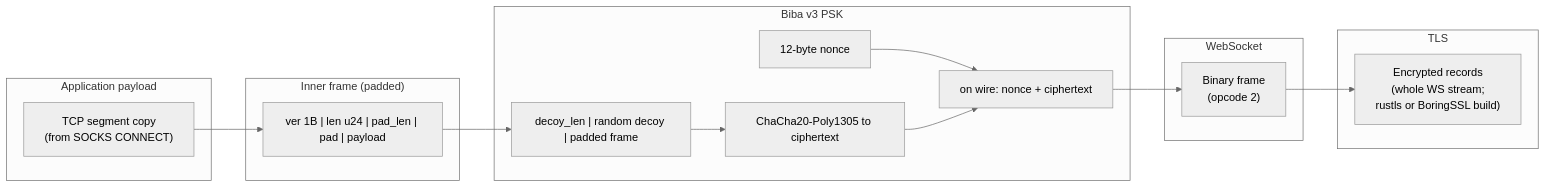
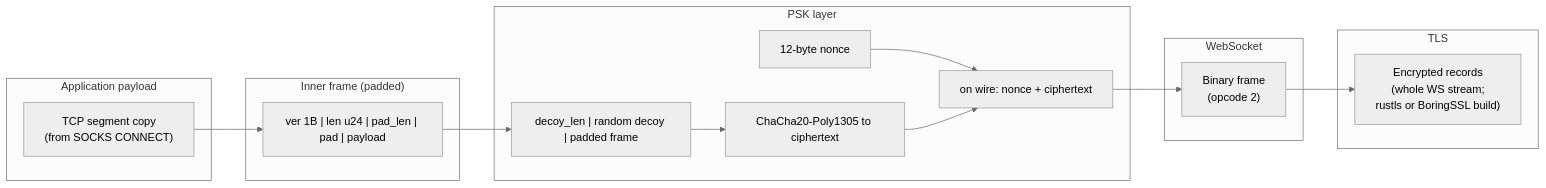
The first of 3 diagrams in PROTOCOL.md (Eljaja/BibaVPN), drawn with Mermaid (neutral theme) before and after one commit. The commit also changed other lines of this file and 2 other files, not shown here.

````diff
--- a/PROTOCOL.md
+++ b/PROTOCOL.md
@@ -29,33 +29,33 @@
 ```mermaid
 flowchart LR
   subgraph L7["Application payload"]
     P["TCP segment copy\n(from SOCKS CONNECT)"]
   end
 
   subgraph L6["Inner frame (padded)"]
     F["ver 1B | len u24 | pad_len | pad | payload"]
   end
 
-  subgraph L5["Biba v3 PSK"]
+  subgraph L5["PSK layer"]
     V2["decoy_len | random decoy | padded frame"]
     AEAD["ChaCha20-Poly1305 to ciphertext"]
     NONCE["12-byte nonce"]
     W2["on wire: nonce + ciphertext"]
   end
 
   subgraph L4["WebSocket"]
     WS["Binary frame\n(opcode 2)"]
   end
 
   subgraph L3["TLS"]
     TLS["Encrypted records\n(whole WS stream;\n rustls or BoringSSL build)"]
   end
 
   P --> F
   F --> V2
   V2 --> AEAD
   NONCE --> W2
   AEAD --> W2
   W2 --> WS
   WS --> TLS
 ```
````
